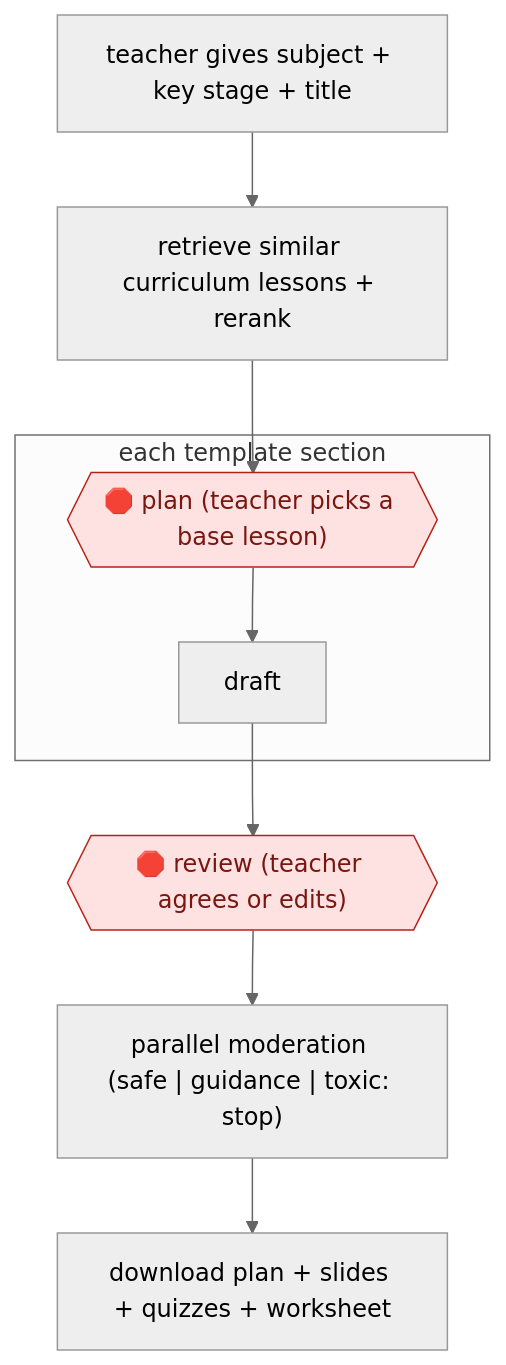
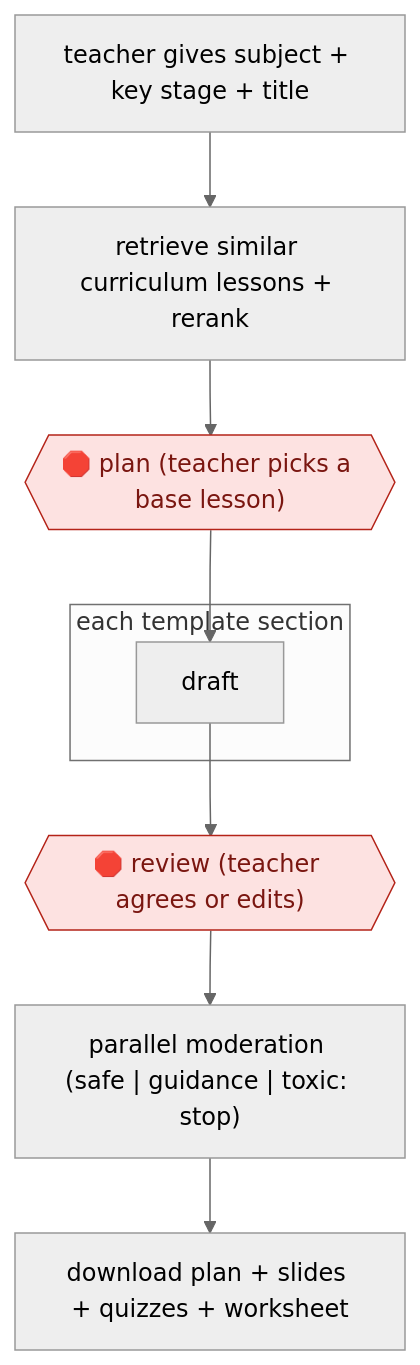
The diagram in workflows/PRO/EDU/COURSE/section-gated-lesson-build/README.md (milesradford99/agent-workflow-atlas), drawn with Mermaid (neutral theme) before and after one commit. The commit also changed other lines of this file and 171 other files, not shown here.

````diff
--- a/workflows/PRO/EDU/COURSE/section-gated-lesson-build/README.md
+++ b/workflows/PRO/EDU/COURSE/section-gated-lesson-build/README.md
@@ -31,19 +31,19 @@
 ```mermaid
 flowchart TD
   n1["teacher gives subject + key stage + title"]
   n2["retrieve similar curriculum lessons + rerank"]
-  n1 --> n2
   n3{{"🛑 plan (teacher picks a base lesson)"}}:::stop
-  n2 --> n3
   subgraph s4["each template section"]
   n5["draft"]
-  n3 --> n5
   end
   n6{{"🛑 review (teacher agrees or edits)"}}:::stop
+  n7["parallel moderation (safe | guidance | toxic: stop)"]
+  n8["download plan + slides + quizzes + worksheet"]
+  n1 --> n2
+  n2 --> n3
+  n3 --> n5
   n5 --> n6
-  n7["parallel moderation (safe | guidance | toxic: stop)"]
   n6 --> n7
-  n8["download plan + slides + quizzes + worksheet"]
   n7 --> n8
   classDef stop fill:#fde2e1,stroke:#b42318,color:#7a1610
 ```
````
